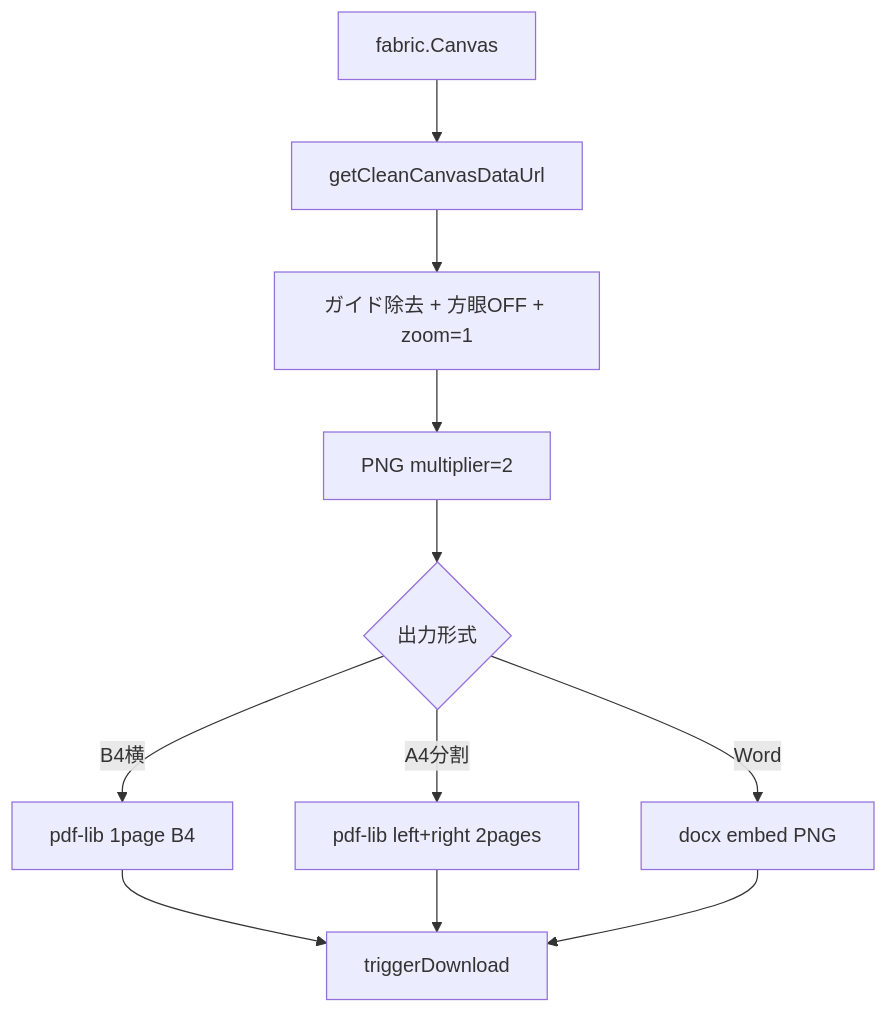
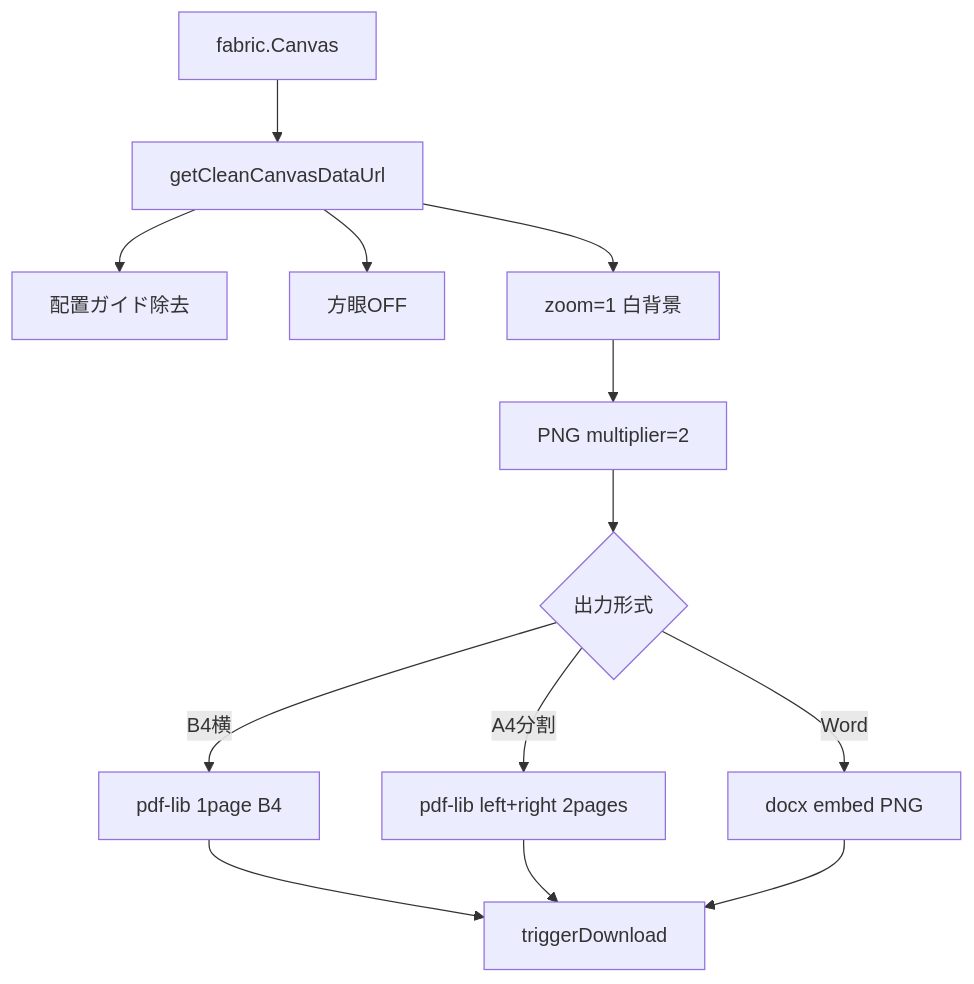
The sixth of 6 diagrams in docs/BUSINESS_WORKFLOW.md (Ryo0922ta/create-exam-app), drawn with Mermaid before and after one commit. The commit also changed other lines of this file and 2 other files, not shown here.

````diff
--- a/docs/BUSINESS_WORKFLOW.md
+++ b/docs/BUSINESS_WORKFLOW.md
@@ -160,13 +225,15 @@
 ```mermaid
 flowchart TD
     Canvas[fabric.Canvas] --> Clean[getCleanCanvasDataUrl]
-    Clean --> Strip[ガイド除去 + 方眼OFF + zoom=1]
-    Strip --> PNG[PNG multiplier=2]
+    Clean --> StripGuides[配置ガイド除去]
+    Clean --> StripGrid[方眼OFF]
+    Clean --> ZoomReset[zoom=1 白背景]
+    ZoomReset --> PNG[PNG multiplier=2]
     PNG --> Branch{出力形式}
     Branch -->|B4横| PDF1[pdf-lib 1page B4]
     Branch -->|A4分割| PDF2[pdf-lib left+right 2pages]
     Branch -->|Word| DOCX[docx embed PNG]
     PDF1 --> Download[triggerDownload]
     PDF2 --> Download
     DOCX --> Download
 ```
````
